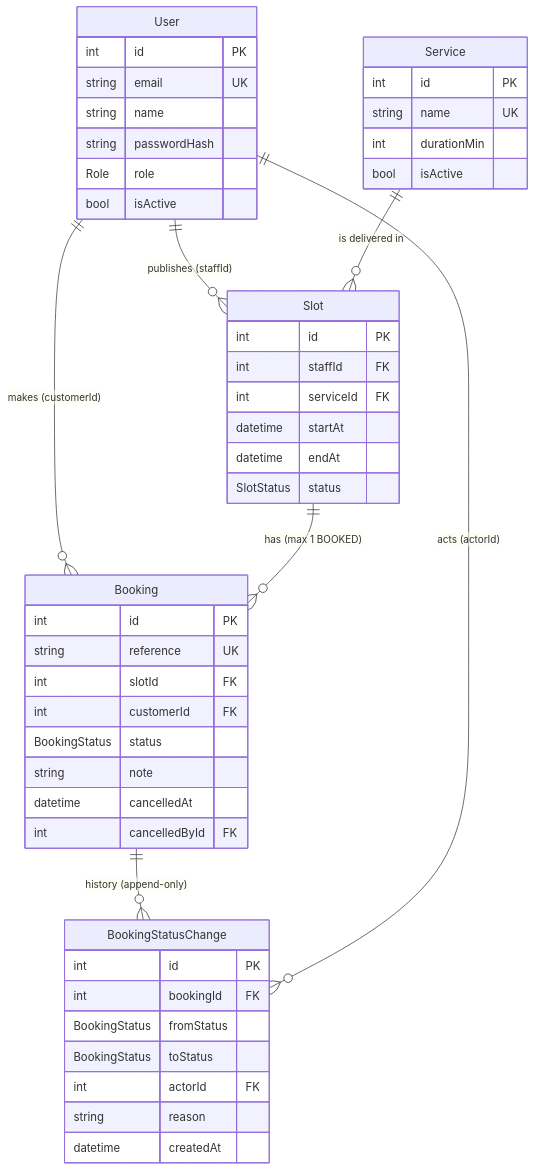
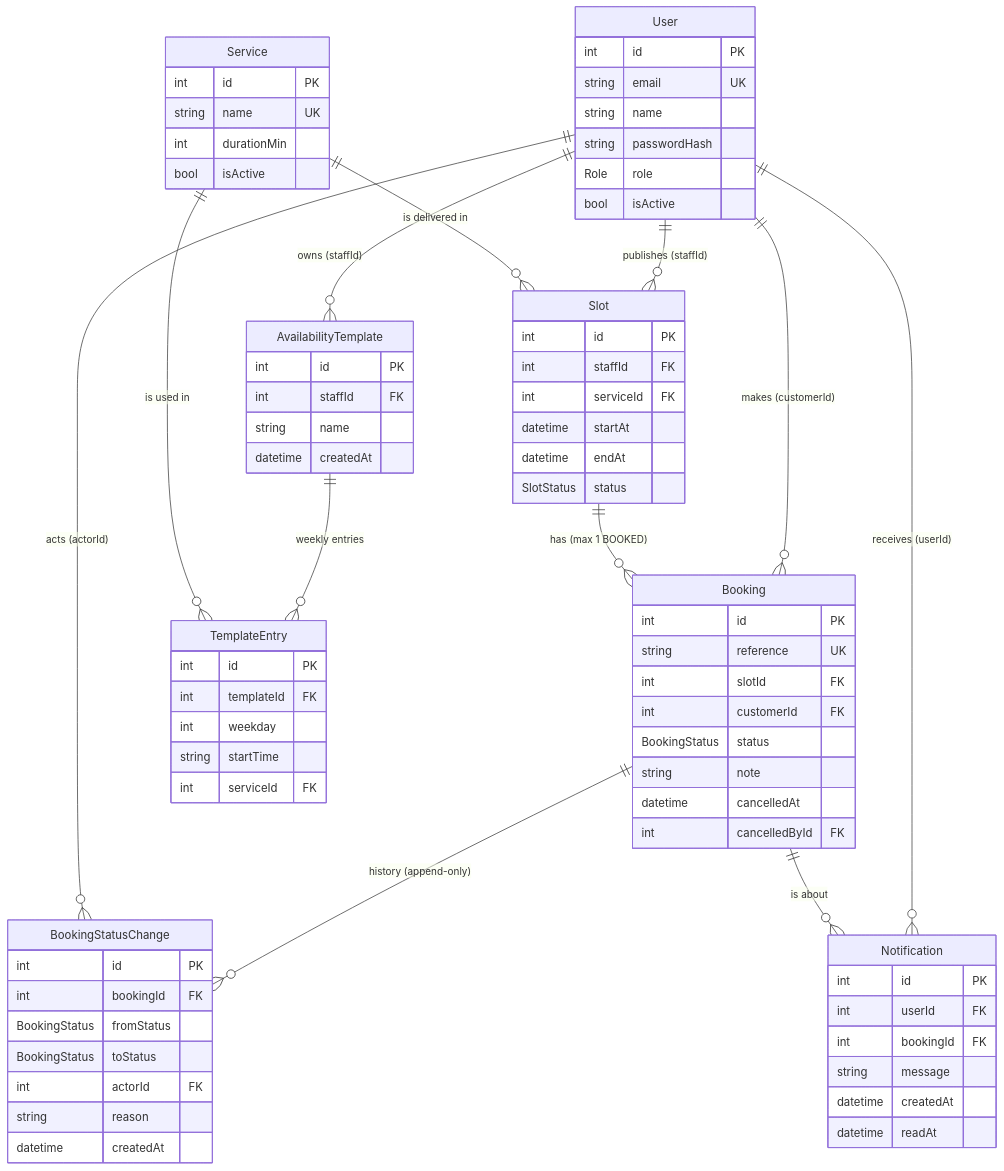
One commit to amraneyanis2006-cmyk/slotbook changed the second of 2 diagrams in docs/system-sds.md. Above: the diagram before and after it, drawn with Mermaid. The commit also changed other lines of this file and 6 other files, not shown here.

````diff
--- a/docs/system-sds.md
+++ b/docs/system-sds.md
@@ -59,40 +59,60 @@
 ```mermaid
 erDiagram
   User ||--o{ Slot : "publishes (staffId)"
   User ||--o{ Booking : "makes (customerId)"
   Service ||--o{ Slot : "is delivered in"
   Slot ||--o{ Booking : "has (max 1 BOOKED)"
   Booking ||--o{ BookingStatusChange : "history (append-only)"
   User ||--o{ BookingStatusChange : "acts (actorId)"
+  User ||--o{ AvailabilityTemplate : "owns (staffId)"
+  AvailabilityTemplate ||--o{ TemplateEntry : "weekly entries"
+  Service ||--o{ TemplateEntry : "is used in"
+  User ||--o{ Notification : "receives (userId)"
+  Booking ||--o{ Notification : "is about"
   User { int id PK
          string email UK
          string name
          string passwordHash
          Role role
          bool isActive }
   Service { int id PK
             string name UK
             int durationMin
             bool isActive }
   Slot { int id PK
          int staffId FK
          int serviceId FK
          datetime startAt
          datetime endAt
          SlotStatus status }
   Booking { int id PK
             string reference UK
             int slotId FK
             int customerId FK
             BookingStatus status
             string note
             datetime cancelledAt
             int cancelledById FK }
   BookingStatusChange { int id PK
             int bookingId FK
             BookingStatus fromStatus
             BookingStatus toStatus
             int actorId FK
             string reason
             datetime createdAt }
+  AvailabilityTemplate { int id PK
+            int staffId FK
+            string name
+            datetime createdAt }
+  TemplateEntry { int id PK
+            int templateId FK
+            int weekday
+            string startTime
+            int serviceId FK }
+  Notification { int id PK
+            int userId FK
+            int bookingId FK
+            string message
+            datetime createdAt
+            datetime readAt }
 ```
````
